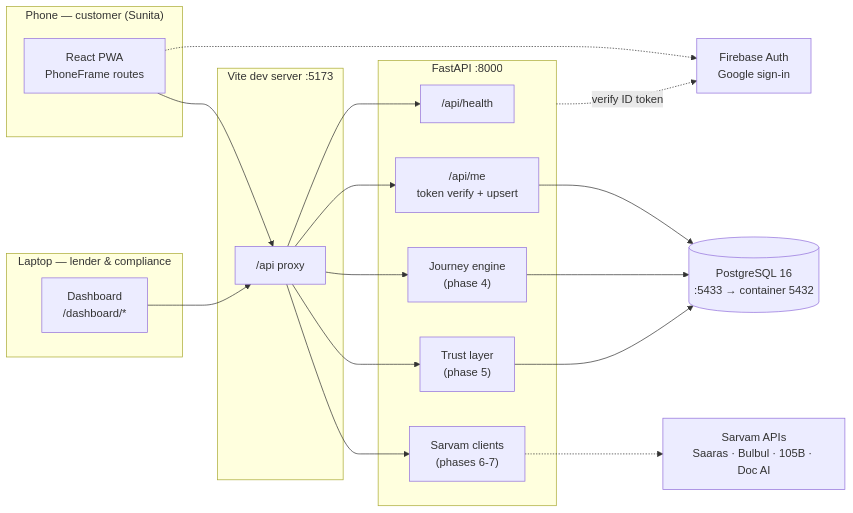
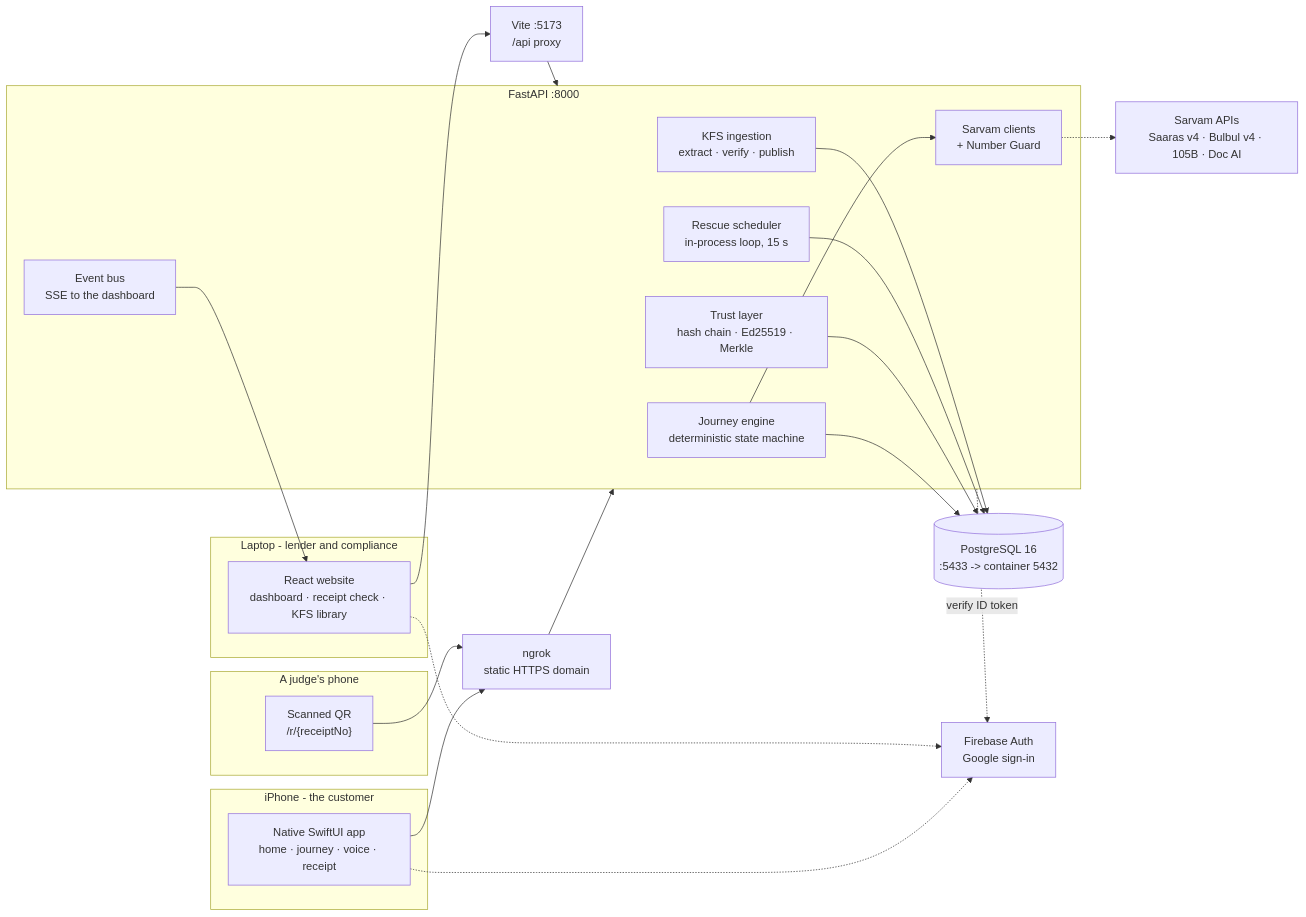
Before and after one commit to arijits16/spashtpaytm: the first of 6 diagrams in docs/ARCHITECTURE.md, drawn with Mermaid. The commit also changed other lines of this file and 29 other files, not shown here.

````diff
--- a/docs/ARCHITECTURE.md
+++ b/docs/ARCHITECTURE.md
@@ -8,36 +8,44 @@
 ```mermaid
 flowchart LR
-  subgraph Phone["Phone — customer (Sunita)"]
-    UI["React PWA<br/>PhoneFrame routes"]
+  subgraph Phone["iPhone - the customer"]
+    IOS["Native SwiftUI app<br/>home · journey · voice · receipt"]
   end
 
-  subgraph Laptop["Laptop — lender & compliance"]
-    DASH["Dashboard<br/>/dashboard/*"]
+  subgraph Laptop["Laptop - lender and compliance"]
+    WEB["React website<br/>dashboard · receipt check · KFS library"]
   end
 
-  subgraph Web["Vite dev server :5173"]
-    PROXY["/api proxy"]
+  subgraph Judge["A judge's phone"]
+    QR["Scanned QR<br/>/r/{receiptNo}"]
   end
 
+  TUNNEL["ngrok<br/>static HTTPS domain"]
+  VITE["Vite :5173<br/>/api proxy"]
+
   subgraph API["FastAPI :8000"]
-    HEALTH["/api/health"]
-    AUTH["/api/me<br/>token verify + upsert"]
-    ENGINE["Journey engine<br/>(phase 4)"]
-    TRUST["Trust layer<br/>(phase 5)"]
-    AI["Sarvam clients<br/>(phases 6-7)"]
+    ENGINE["Journey engine<br/>deterministic state machine"]
+    TRUST["Trust layer<br/>hash chain · Ed25519 · Merkle"]
+    AI["Sarvam clients<br/>+ Number Guard"]
+    RESCUE["Rescue scheduler<br/>in-process loop, 15 s"]
+    KFS["KFS ingestion<br/>extract · verify · publish"]
+    BUS["Event bus<br/>SSE to the dashboard"]
   end
 
-  DB[("PostgreSQL 16<br/>:5433 → container 5432")]
-  SARVAM["Sarvam APIs<br/>Saaras · Bulbul · 105B · Doc AI"]
+  DB[("PostgreSQL 16<br/>:5433 -> container 5432")]
+  SARVAM["Sarvam APIs<br/>Saaras v4 · Bulbul v4 · 105B · Doc AI"]
   FB["Firebase Auth<br/>Google sign-in"]
 
-  UI --> PROXY
-  DASH --> PROXY
-  PROXY --> HEALTH & AUTH & ENGINE & TRUST & AI
-  AUTH --> DB
+  IOS --> TUNNEL --> API
+  WEB --> VITE --> API
+  QR --> TUNNEL
   ENGINE --> DB
   TRUST --> DB
+  RESCUE --> DB
+  KFS --> DB
+  BUS --> WEB
   AI -.-> SARVAM
-  UI -.-> FB
+  ENGINE --> AI
+  IOS -.-> FB
+  WEB -.-> FB
   API -.->|verify ID token| FB
 ```
````
